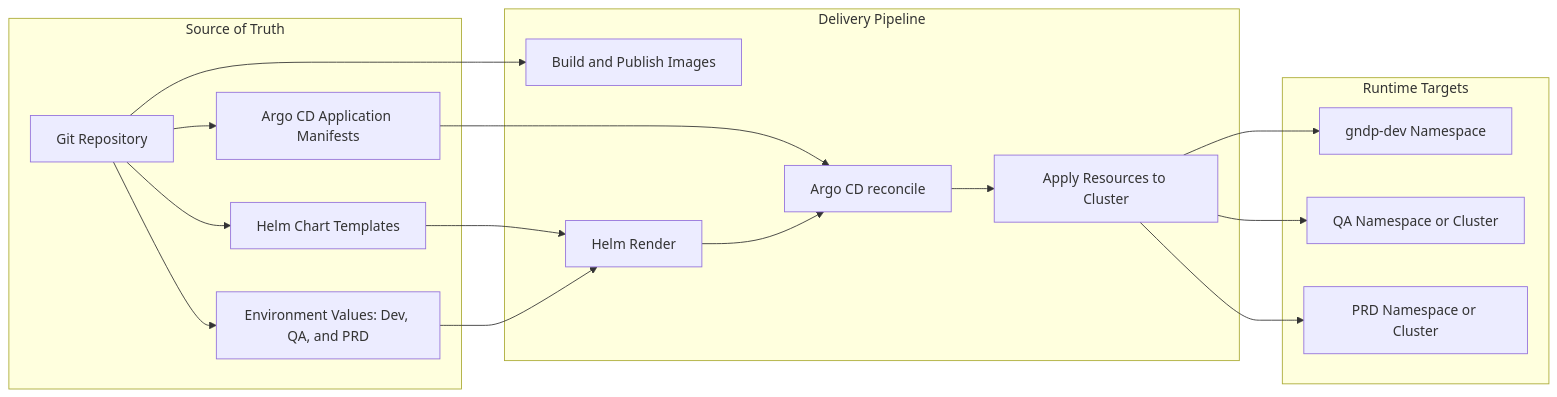
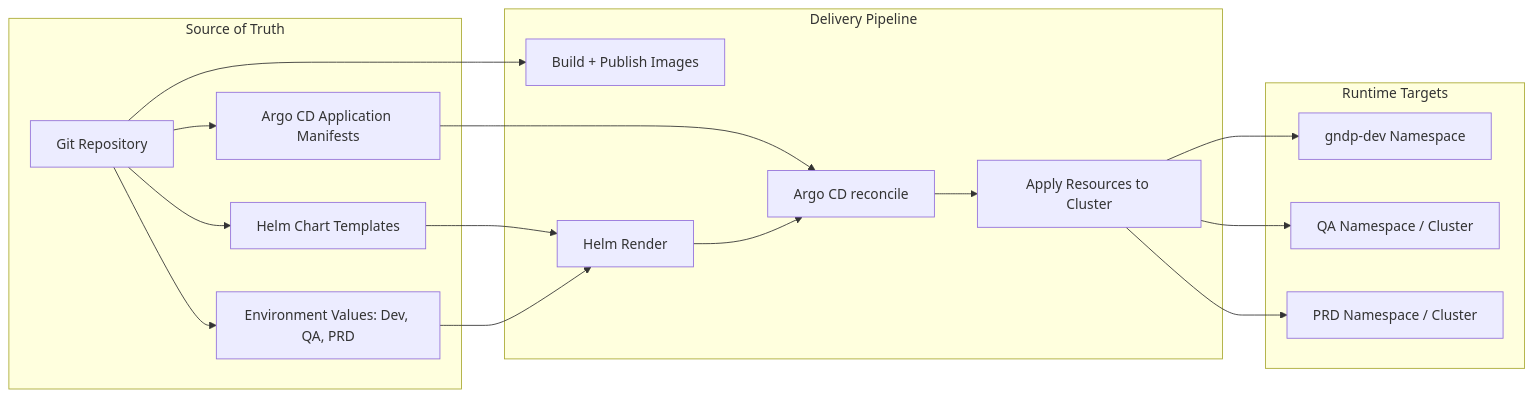
Before and after one commit to paulchen8206/Full-Stack-Modern-Data-Architecture-and-Engineering: the diagram in cicd/readme.md, drawn with Mermaid. The commit also changed 18 other files, not shown here.

````diff
--- a/cicd/readme.md
+++ b/cicd/readme.md
@@ -72,35 +72,35 @@
 ```mermaid
 flowchart LR
   subgraph S[Source of Truth]
     GIT[Git Repository]
     CHART[Helm Chart Templates]
-    VALUES[Environment Values: Dev, QA, and PRD]
+    VALUES[Environment Values: Dev, QA, PRD]
     APP[Argo CD Application Manifests]
   end
 
   subgraph P[Delivery Pipeline]
-    BUILD[Build and Publish Images]
+    BUILD[Build + Publish Images]
     RENDER[Helm Render]
     ARGO[Argo CD reconcile]
     APPLY[Apply Resources to Cluster]
   end
 
   subgraph T[Runtime Targets]
     DEV[gndp-dev Namespace]
-    QA[QA Namespace or Cluster]
-    PRD[PRD Namespace or Cluster]
+    QA[QA Namespace / Cluster]
+    PRD[PRD Namespace / Cluster]
   end
 
   GIT --> BUILD
   GIT --> CHART
   GIT --> VALUES
   GIT --> APP
   CHART --> RENDER
   VALUES --> RENDER
   APP --> ARGO
   RENDER --> ARGO
   ARGO --> APPLY
   APPLY --> DEV
   APPLY --> QA
   APPLY --> PRD
 ```
````
